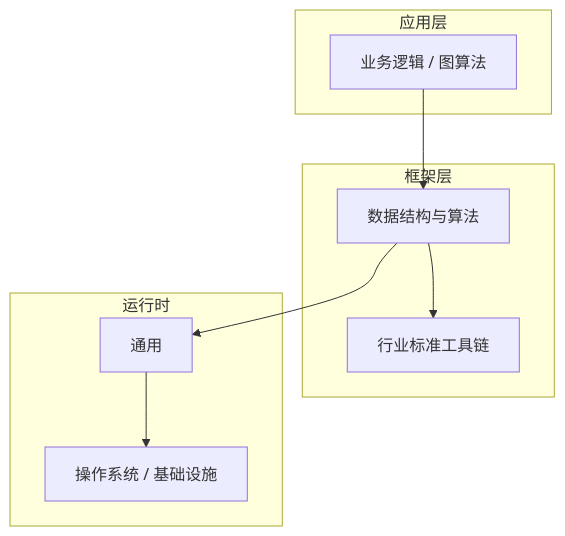
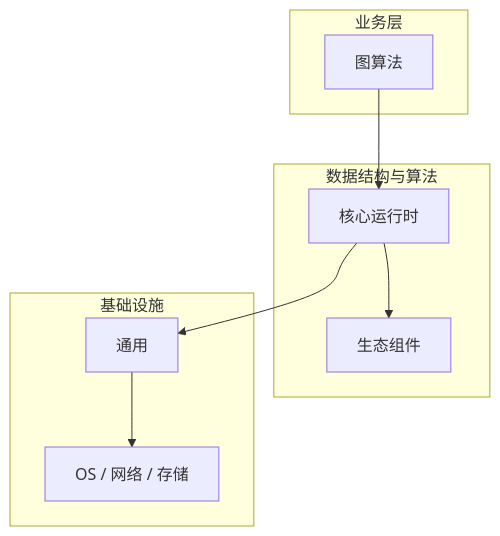
Before and after one commit to yanggan2015/knowledge-json-v2: the diagram in articles/数据结构与算法/chapters/161-图算法核心概念与原理.md, drawn with Mermaid. The commit also changed other lines of this file and 10127 other files, not shown here.

````diff
--- a/articles/数据结构与算法/chapters/161-图算法核心概念与原理.md
+++ b/articles/数据结构与算法/chapters/161-图算法核心概念与原理.md
@@ -45,18 +30,18 @@
 ```mermaid
 graph TB
-    subgraph 应用层
-        A[业务逻辑 / 图算法]
+    subgraph 业务层
+        A[图算法]
     end
-    subgraph 框架层
-        B[数据结构与算法]
-        C[行业标准工具链]
+    subgraph 数据结构与算法
+        B[核心运行时]
+        C[生态组件]
     end
-    subgraph 运行时
+    subgraph 基础设施
         D[通用]
-        E[操作系统 / 基础设施]
+        E[OS / 网络 / 存储]
     end
     A --> B
     B --> C
     B --> D
     D --> E
 ```
````
